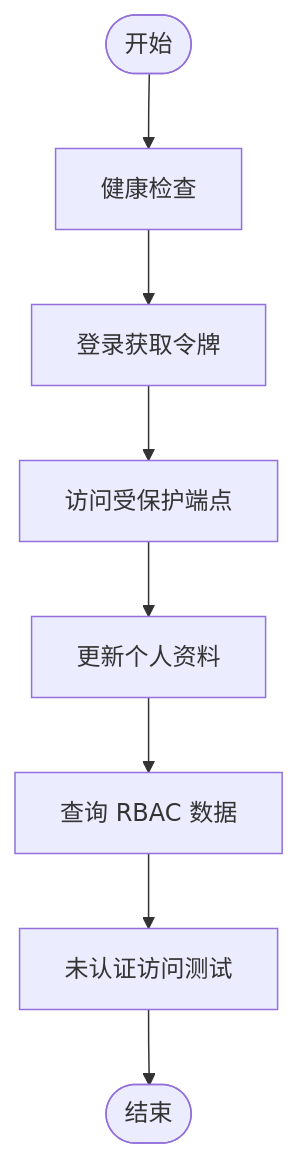
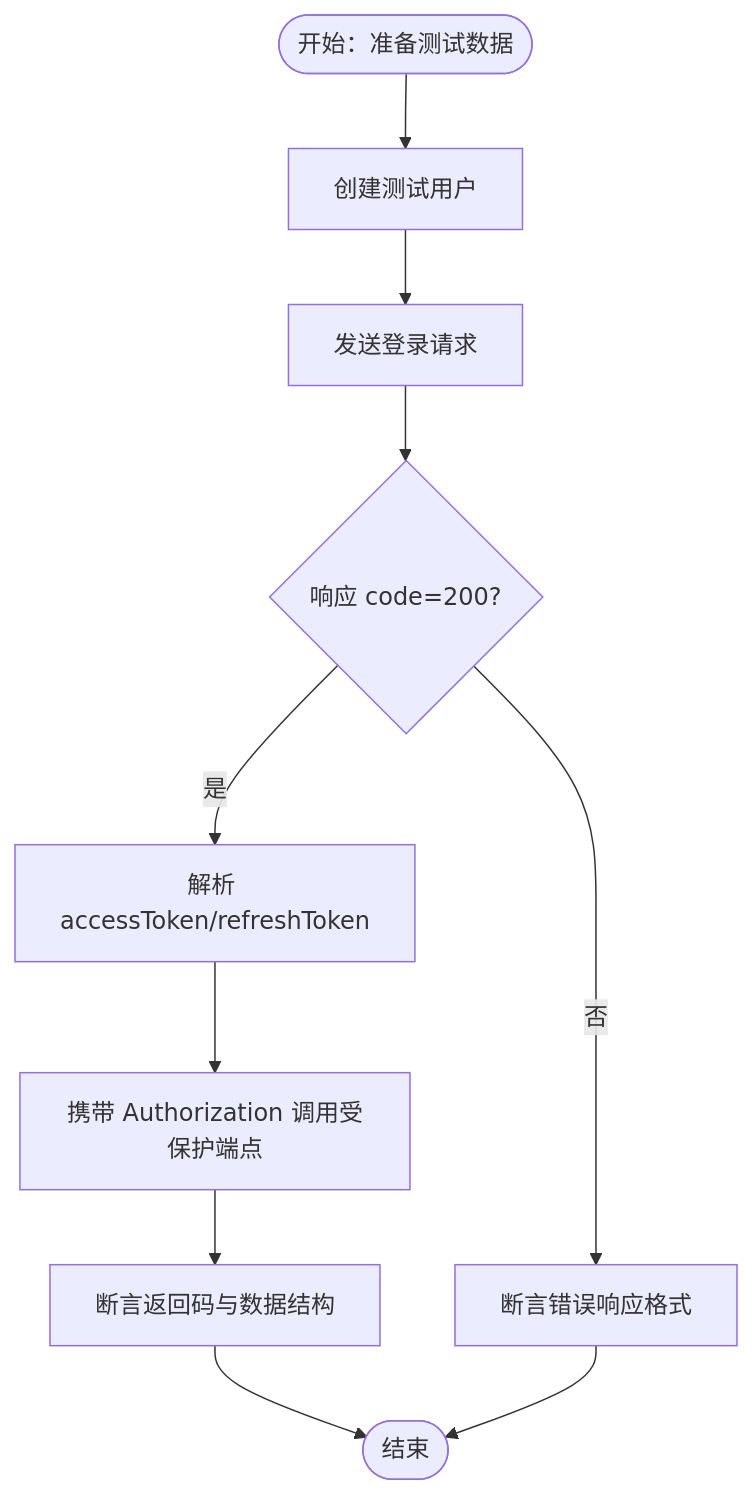
Before and after one commit to taoweidong/Hello-FastApi: the fourth of 5 diagrams in .qoder/repowiki/zh/content/测试策略/测试策略.md, drawn with Mermaid. The commit also changed other lines of this file and 119 other files, not shown here.

````diff
--- a/.qoder/repowiki/zh/content/测试策略/测试策略.md
+++ b/.qoder/repowiki/zh/content/测试策略/测试策略.md
@@ -240,10 +188,12 @@
 ```mermaid
 flowchart TD
-Start(["开始"]) --> Health["健康检查"]
-Health --> Login["登录获取令牌"]
-Login --> Protected["访问受保护端点"]
-Protected --> Update["更新个人资料"]
-Update --> RBAC["查询 RBAC 数据"]
-RBAC --> NoAuth["未认证访问测试"]
-NoAuth --> End(["结束"])
+Start(["开始：准备测试数据"]) --> CreateUser["创建测试用户"]
+CreateUser --> Login["发送登录请求"]
+Login --> CheckResp{"响应 code=200?"}
+CheckResp --> |是| ParseTokens["解析 accessToken/refreshToken"]
+CheckResp --> |否| AssertErr["断言错误响应格式"]
+ParseTokens --> UseToken["携带 Authorization 调用受保护端点"]
+UseToken --> AssertOK["断言返回码与数据结构"]
+AssertOK --> End(["结束"])
+AssertErr --> End
 ```
````
